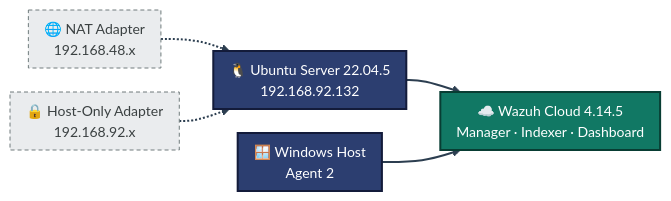
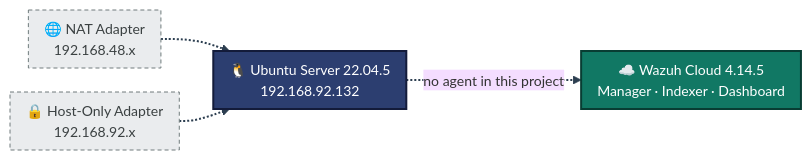
The first of 4 diagrams in 3-Advanced-Cyber-Projects/project-01-home-soc-lab-setup/README.md (malaika-azhar/Cybersecurity-Lab-Projects), drawn with Mermaid before and after one commit. The commit also changed other lines of this file, not shown here.

````diff
--- a/3-Advanced-Cyber-Projects/project-01-home-soc-lab-setup/README.md
+++ b/3-Advanced-Cyber-Projects/project-01-home-soc-lab-setup/README.md
@@ -135,12 +122,11 @@
 ```mermaid
 %%{init: {'theme': 'base', 'themeVariables': {'fontSize': '14px'}, 'flowchart': {'nodeSpacing': 24, 'rankSpacing': 34, 'padding': 8}}}%%
 flowchart LR
-    UB["🐧 Ubuntu Server 22.04.5<br/>192.168.92.132"]:::vm --> WZ["☁️ Wazuh Cloud 4.14.5<br/>Manager · Indexer · Dashboard"]:::siem
-    WH["🪟 Windows Host<br/>Agent 2"]:::vm --> WZ
+    UB["🐧 Ubuntu Server 22.04.5<br/>192.168.92.132"]:::vm -.->|"no agent in this project"| WZ["☁️ Wazuh Cloud 4.14.5<br/>Manager · Indexer · Dashboard"]:::siem
     NAT["🌐 NAT Adapter<br/>192.168.48.x"]:::net -.-> UB
     HO["🔒 Host-Only Adapter<br/>192.168.92.x"]:::net -.-> UB
     classDef vm fill:#2C3E70,stroke:#131B3A,stroke-width:2px,color:#FFFFFF
     classDef siem fill:#117864,stroke:#083D33,stroke-width:2px,color:#FFFFFF
     classDef net fill:#EAECEE,stroke:#707B7C,color:#3B4142,stroke-dasharray: 4 3
     linkStyle default stroke:#2C3E50,stroke-width:2px
 ```
````
